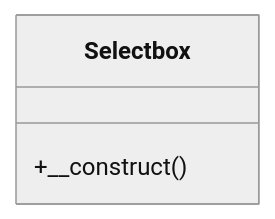
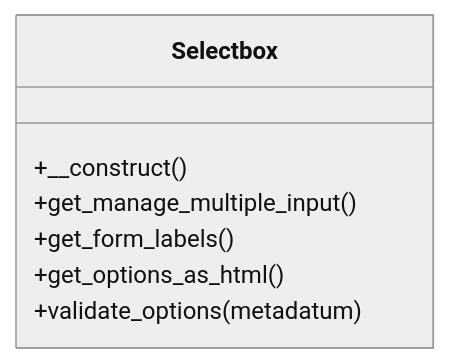
One commit to tainacan/tainacan changed the diagram in docs/phpdoc/classes/Tainacan/Filter_Types/Selectbox.mmd. Above: the diagram before and after it, drawn with Mermaid (neutral theme). The commit also changed 84 other files, not shown here.

```diff
--- a/docs/phpdoc/classes/Tainacan/Filter_Types/Selectbox.mmd
+++ b/docs/phpdoc/classes/Tainacan/Filter_Types/Selectbox.mmd
@@ -1,5 +1,9 @@
 classDiagram
     direction TB
     class Selectbox {
         +__construct()
+        +get_manage_multiple_input()
+        +get_form_labels()
+        +get_options_as_html()
+        +validate_options(metadatum)
     }
```
